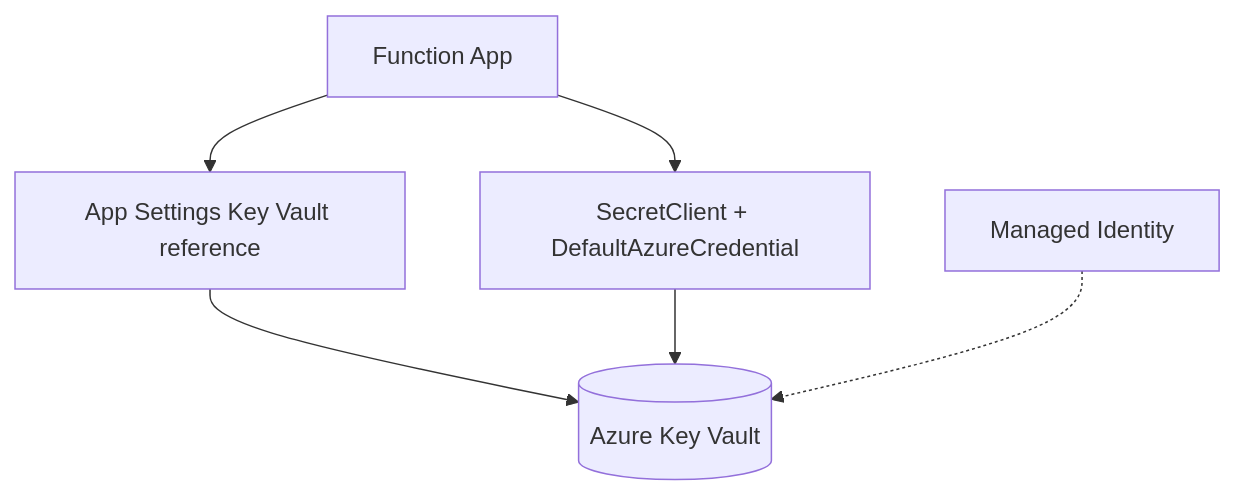
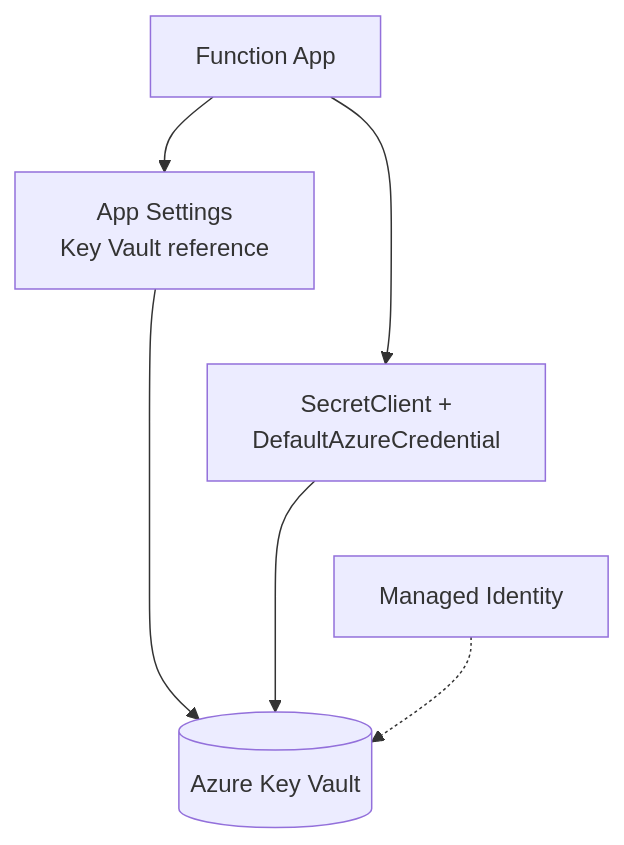
The diagram in docs/language-guides/java/recipes/key-vault.md (yeongseon/azure-functions-practical-guide), drawn with Mermaid before and after one commit. The commit also changed other lines of this file and 4 other files, not shown here.

First line of the commit message:
docs(diagrams): improve Java security recipe and RBAC readability (#490)

````diff
--- a/docs/language-guides/java/recipes/key-vault.md
+++ b/docs/language-guides/java/recipes/key-vault.md
@@ -25,8 +25,13 @@
 ```mermaid
 flowchart TD
-    FUNC[Function App] --> APPSETTINGS[App Settings Key Vault reference]
+    accTitle: Java Key Vault configuration and SDK access
+    accDescr: The function app has two logical Key Vault access paths, app-setting references and Java SecretClient with DefaultAzureCredential. The dotted managed-identity relationship denotes configured authorization, not a network request from an identity object or guaranteed access.
+    FUNC[Function App] --> APPSETTINGS[App Settings<br/>Key Vault reference]
     APPSETTINGS --> KV[(Azure Key Vault)]
-    FUNC --> SDK[SecretClient + DefaultAzureCredential]
+    FUNC --> SDK[SecretClient +<br/>DefaultAzureCredential]
     SDK --> KV
     MI[Managed Identity] -.-> KV
+    %% Layout-only links tier the alternatives; they add no access steps or semantic arrows.
+    APPSETTINGS ~~~ SDK
+    SDK ~~~ MI
 ```
````
